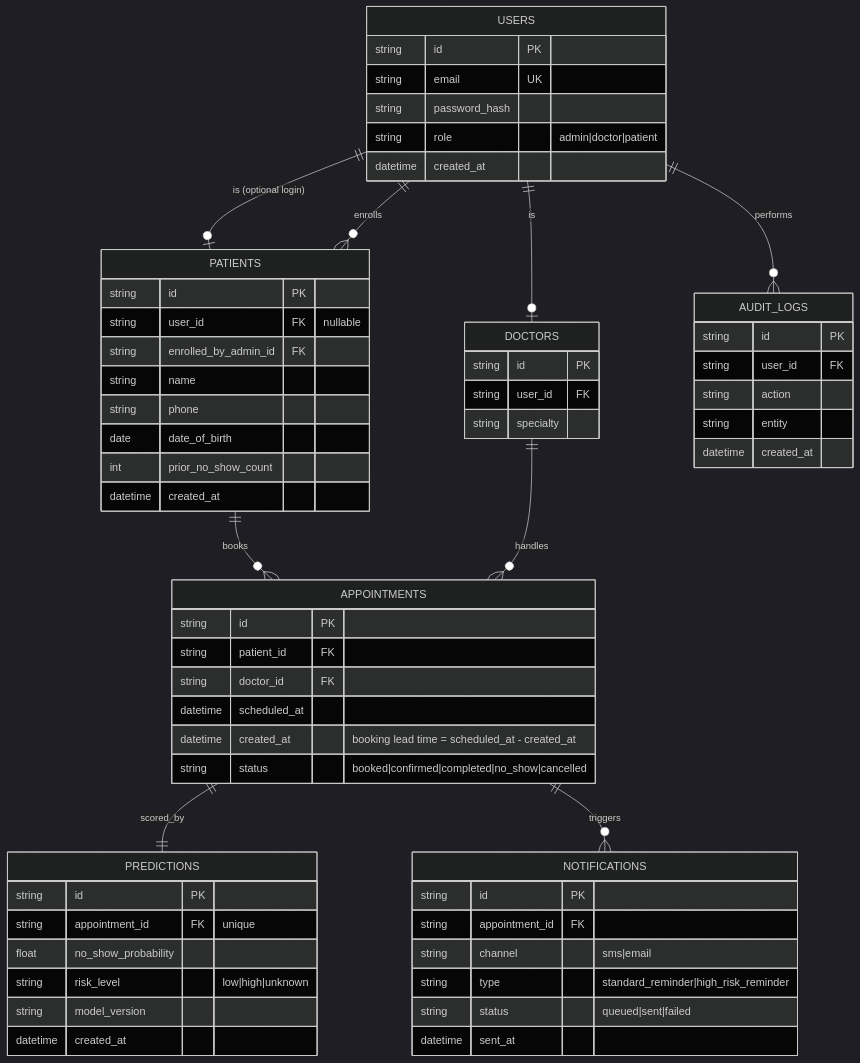
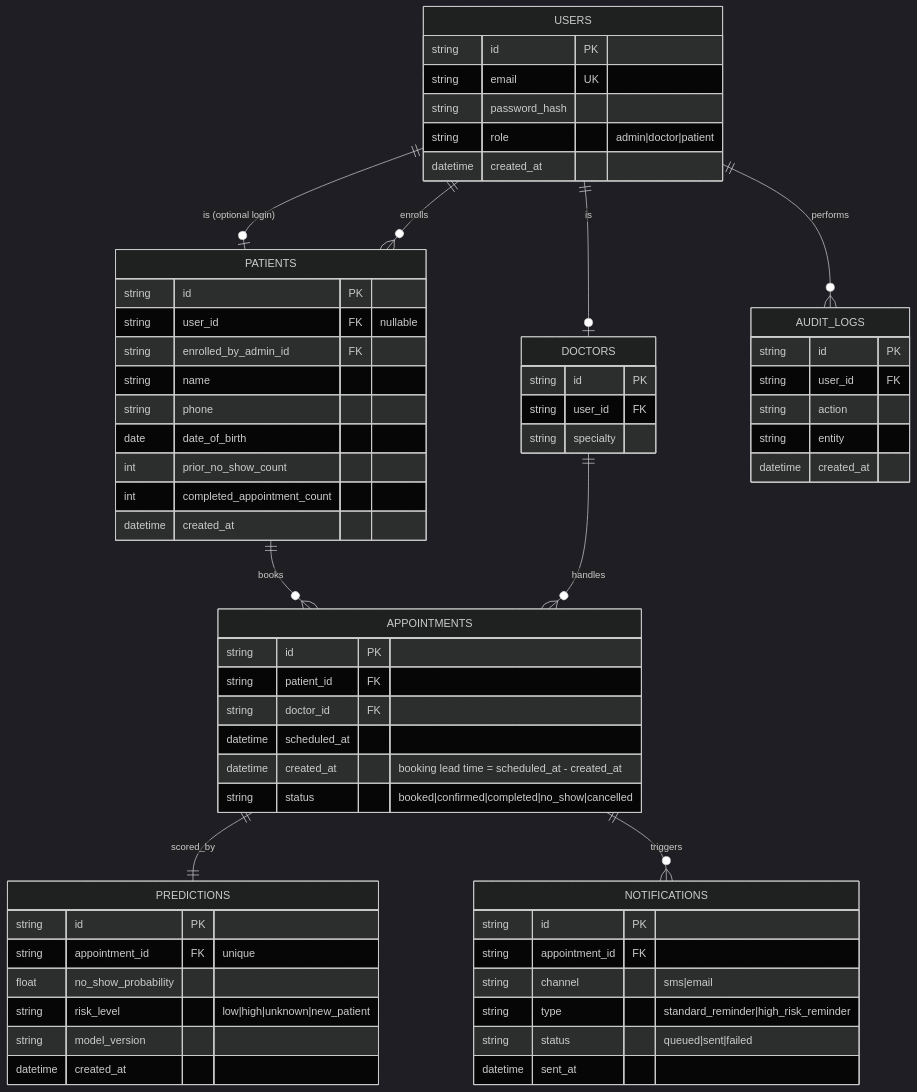
Before and after one commit to jobayermannan/FastRev: the diagram in docs/BUILD_SPEC.md, drawn with Mermaid (dark theme). The commit also changed other lines of this file and 62 other files, not shown here.

````diff
--- a/docs/BUILD_SPEC.md
+++ b/docs/BUILD_SPEC.md
@@ -216,65 +224,66 @@
 ```mermaid
 erDiagram
     USERS ||--o| PATIENTS : "is (optional login)"
     USERS ||--o| DOCTORS : is
     USERS ||--o{ PATIENTS : enrolls
     PATIENTS ||--o{ APPOINTMENTS : books
     DOCTORS ||--o{ APPOINTMENTS : handles
     APPOINTMENTS ||--|| PREDICTIONS : scored_by
     APPOINTMENTS ||--o{ NOTIFICATIONS : triggers
     USERS ||--o{ AUDIT_LOGS : performs
 
     USERS {
         string id PK
         string email UK
         string password_hash
         string role "admin|doctor|patient"
         datetime created_at
     }
     PATIENTS {
         string id PK
         string user_id FK "nullable"
         string enrolled_by_admin_id FK
         string name
         string phone
         date date_of_birth
         int prior_no_show_count
+        int completed_appointment_count
         datetime created_at
     }
     DOCTORS {
         string id PK
         string user_id FK
         string specialty
     }
     APPOINTMENTS {
         string id PK
         string patient_id FK
         string doctor_id FK
         datetime scheduled_at
         datetime created_at "booking lead time = scheduled_at - created_at"
         string status "booked|confirmed|completed|no_show|cancelled"
     }
     PREDICTIONS {
         string id PK
         string appointment_id FK "unique"
         float no_show_probability
-        string risk_level "low|high|unknown"
+        string risk_level "low|high|unknown|new_patient"
         string model_version
         datetime created_at
     }
     NOTIFICATIONS {
         string id PK
         string appointment_id FK
         string channel "sms|email"
         string type "standard_reminder|high_risk_reminder"
         string status "queued|sent|failed"
         datetime sent_at
     }
     AUDIT_LOGS {
         string id PK
         string user_id FK
         string action
         string entity
         datetime created_at
     }
 ```
````
